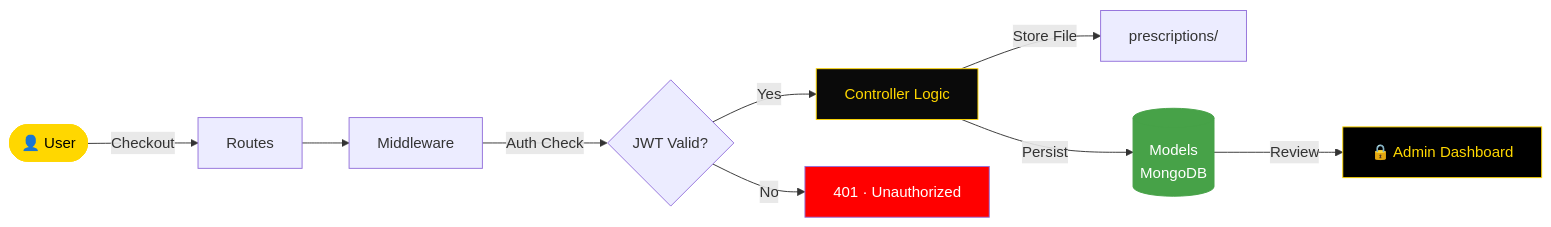
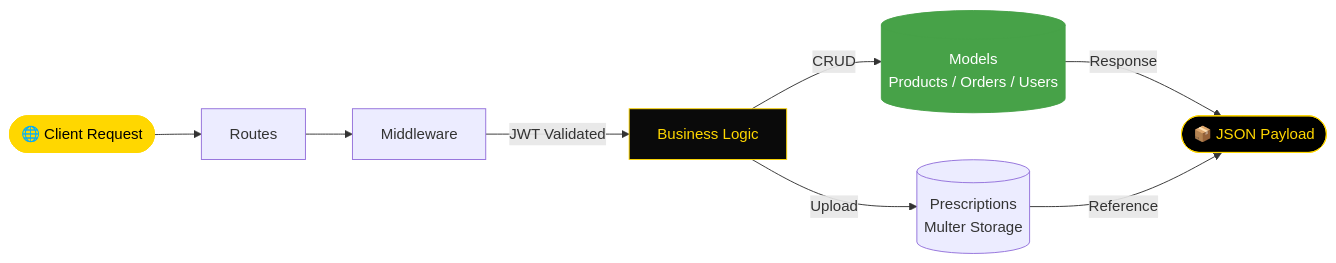
One commit to NietoDeveloper/Pharmacy changed the diagram in server/README.md. Above: the diagram before and after it, drawn with Mermaid. The commit also changed other lines of this file, not shown here.

````diff
--- a/server/README.md
+++ b/server/README.md
@@ -57,17 +57,15 @@
 ```mermaid
 flowchart LR
-    A([👤 User]) -->|Checkout| B[Routes]
+    A([🌐 Client Request]) --> B[Routes]
     B --> C[Middleware]
-    C -->|Auth Check| D{JWT Valid?}
-    D -->|Yes| E[Controller Logic]
-    D -->|No| F[401 · Unauthorized]
-    E -->|Store File| G[prescriptions/]
-    E -->|Persist| H[(Models\nMongoDB)]
-    H -->|Review| I[🔒 Admin Dashboard]
+    C -->|JWT Validated| D[Business Logic]
+    D -->|CRUD| E[(Models\nProducts / Orders / Users)]
+    D -->|Upload| F[(Prescriptions\nMulter Storage)]
+    E -->|Response| G([📦 JSON Payload])
+    F -->|Reference| G
 
     style A fill:#FFD700,color:#000,stroke:#FFD700
-    style E fill:#0a0a0a,color:#FFD700,stroke:#FFD700
-    style F fill:#FF0000,color:#fff
-    style H fill:#47A248,color:#fff,stroke:#47A248
-    style I fill:#000,color:#FFD700,stroke:#FFD700
+    style D fill:#0a0a0a,color:#FFD700,stroke:#FFD700
+    style E fill:#47A248,color:#fff,stroke:#47A248
+    style G fill:#000,color:#FFD700,stroke:#FFD700
 ```
````
